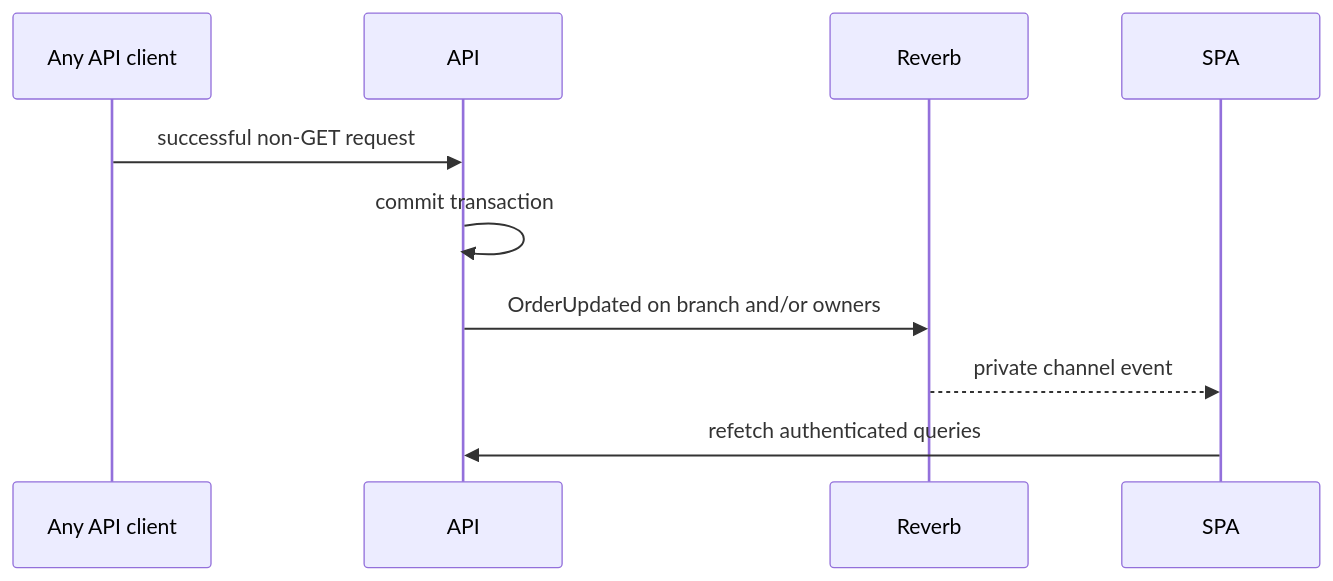
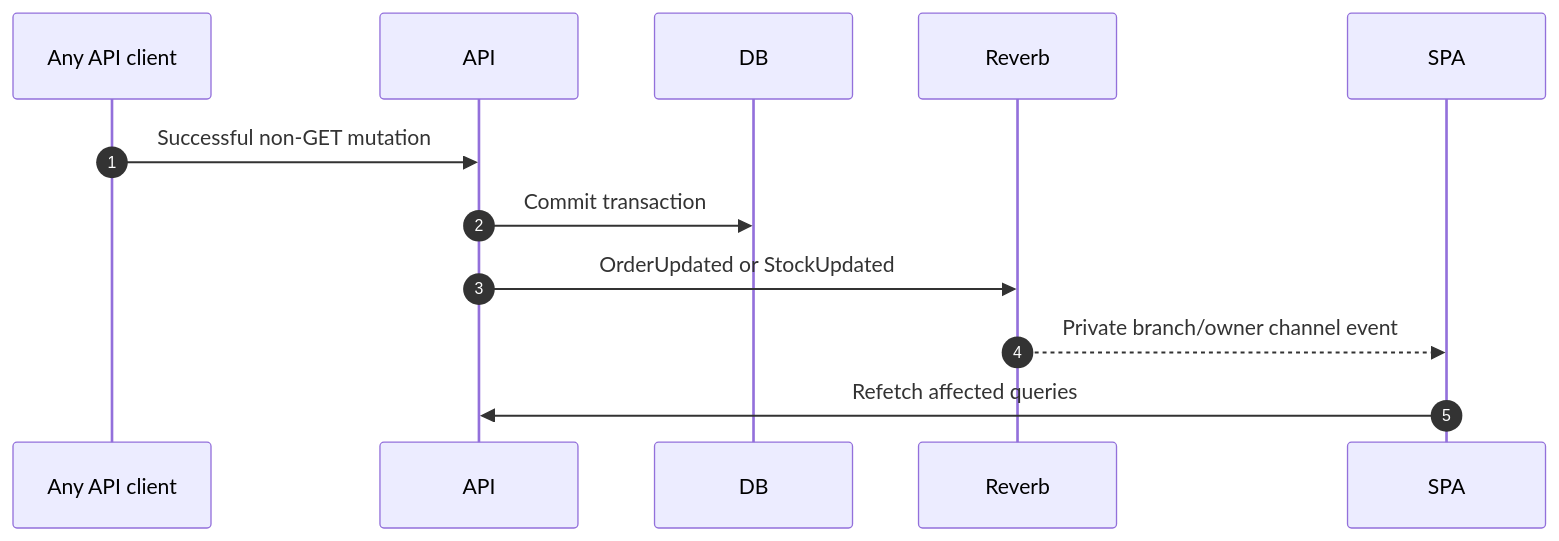
Diagram 17 of 21 in docs/architecture/sequence-diagrams.md (Arukast/pos_alja), drawn with Mermaid before and after one commit. The commit also changed other lines of this file, not shown here.

Commit message:
docs: expand sequence diagrams for target flows (#43)

````diff
--- a/docs/architecture/sequence-diagrams.md
+++ b/docs/architecture/sequence-diagrams.md
@@ -123,13 +432,15 @@
 ```mermaid
 sequenceDiagram
+    autonumber
     participant Writer as Any API client
     participant API
-    participant Reverb
+    participant DB
+    participant R as Reverb
     participant SPA
 
-    Writer->>API: successful non-GET request
-    API->>API: commit transaction
-    API->>Reverb: OrderUpdated on branch and/or owners
-    Reverb-->>SPA: private channel event
-    SPA->>API: refetch authenticated queries
+    Writer->>API: Successful non-GET mutation
+    API->>DB: Commit transaction
+    API->>R: OrderUpdated or StockUpdated
+    R-->>SPA: Private branch/owner channel event
+    SPA->>API: Refetch affected queries
 ```
````
